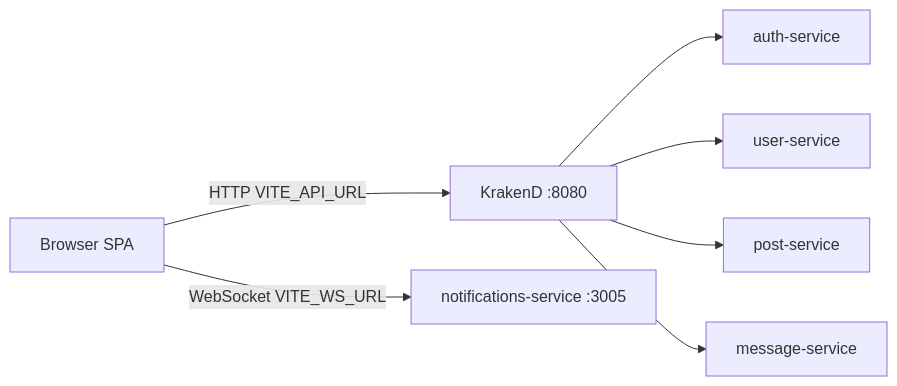
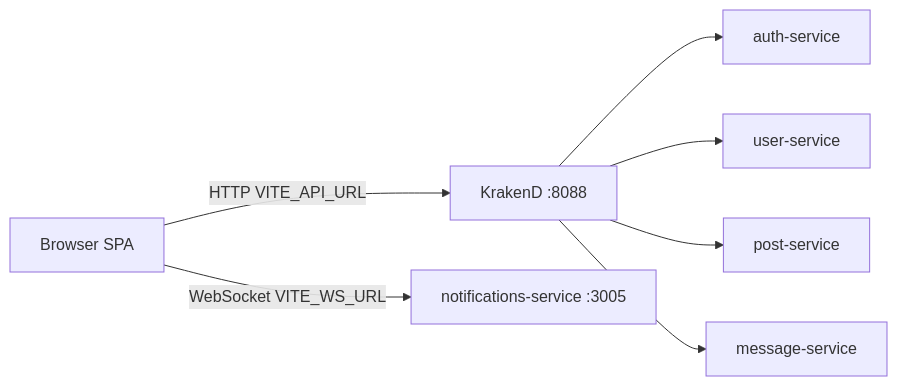
The first of 2 diagrams in docs/rules/architecture-guidelines.md (invatemi/social-network-frontend-react), drawn with Mermaid before and after one commit. The commit also changed 111 other files, not shown here.

````diff
--- a/docs/rules/architecture-guidelines.md
+++ b/docs/rules/architecture-guidelines.md
@@ -40,10 +40,10 @@
 ```mermaid
 flowchart LR
-  Browser[Browser SPA] -->|HTTP VITE_API_URL| KrakenD[KrakenD :8080]
+  Browser[Browser SPA] -->|HTTP VITE_API_URL| KrakenD[KrakenD :8088]
   Browser -->|WebSocket VITE_WS_URL| Notif[notifications-service :3005]
 
   KrakenD --> Auth[auth-service]
   KrakenD --> User[user-service]
   KrakenD --> Post[post-service]
   KrakenD --> Msg[message-service]
 ```
````
